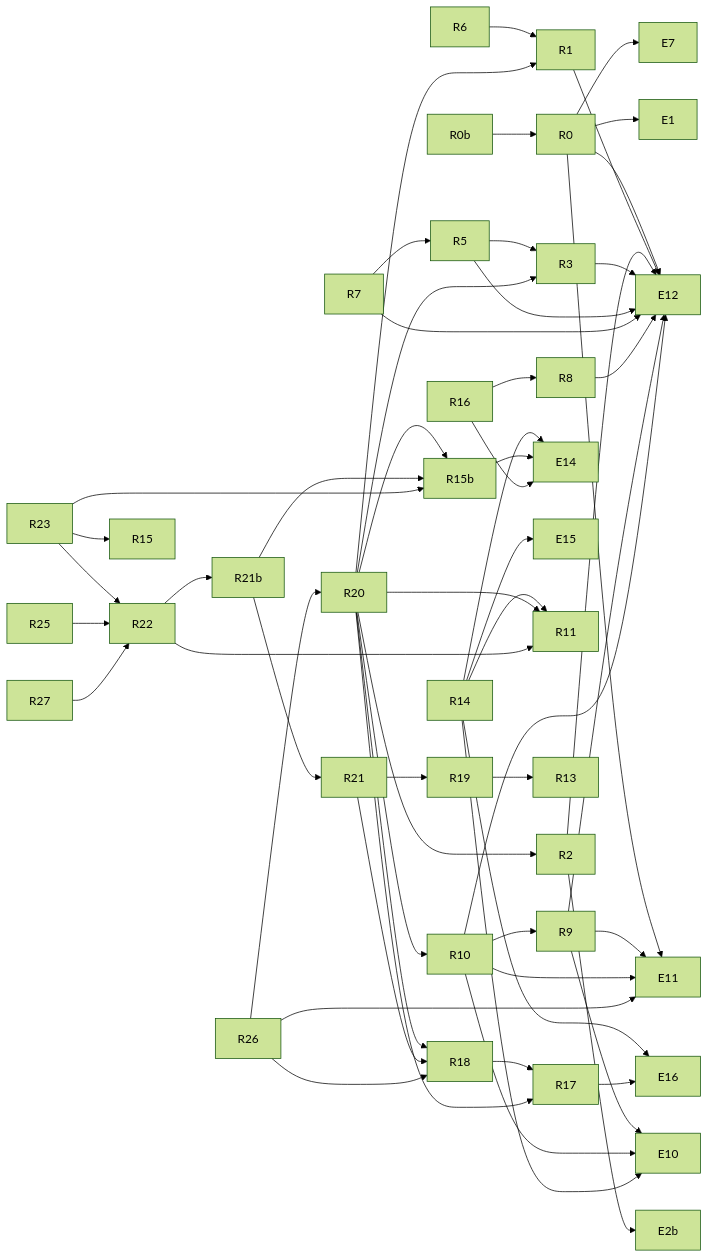
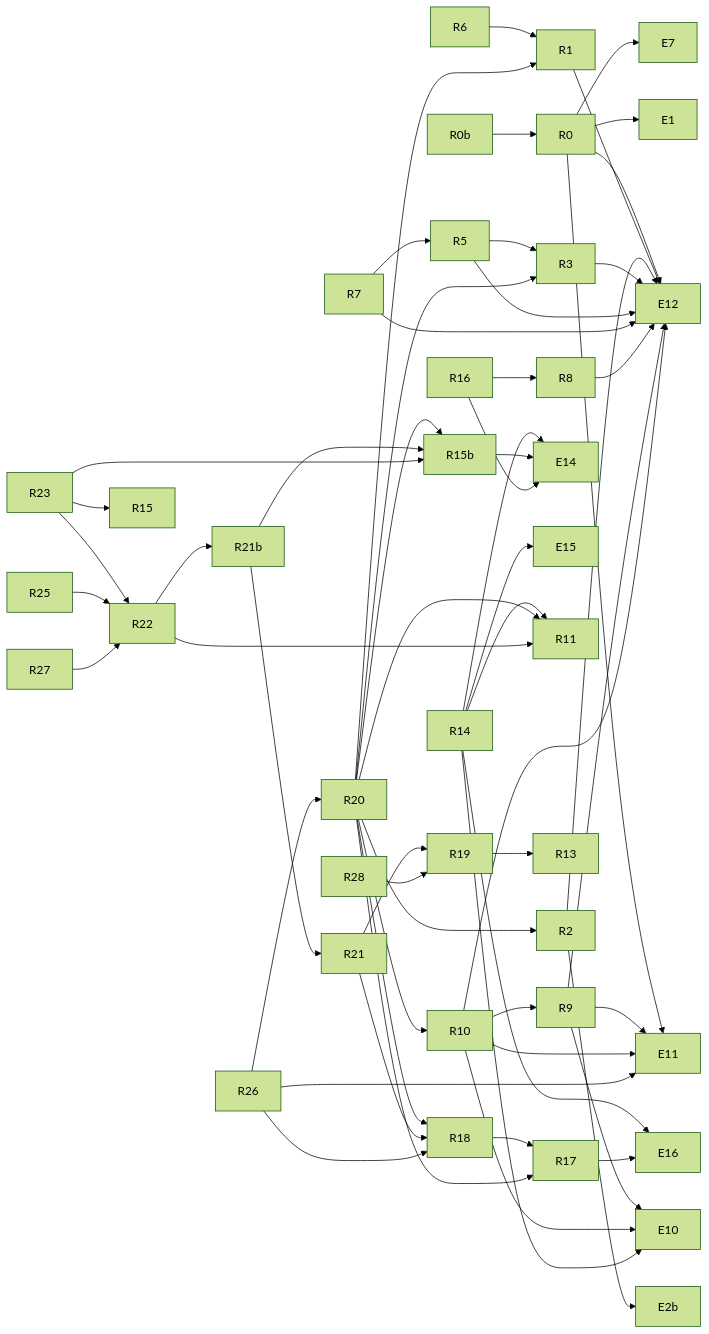
Before and after one commit to igormorais123/JEV: the diagram in mapa/conhecimento/rodadas.md, drawn with Mermaid (forest theme). The commit also changed other lines of this file and 44 other files, not shown here.

````diff
--- a/mapa/conhecimento/rodadas.md
+++ b/mapa/conhecimento/rodadas.md
@@ -49,58 +67,59 @@
 ```mermaid
 flowchart LR
   R0 --> E12
   R0 --> E1
   R0 --> E7
   R0 --> E11
   R0b --> R0
   R1 --> E12
   R2 --> E2b
   R2 --> E12
   R3 --> E12
   R5 --> E12
   R5 --> R3
   R6 --> R1
   R7 --> E12
   R7 --> R5
   R8 --> E12
   R9 --> E10
   R9 --> E12
   R9 --> E11
   R10 --> E10
   R10 --> E12
   R10 --> E11
   R10 --> R9
   R14 --> E14
   R14 --> E10
   R14 --> E15
   R14 --> E16
   R14 --> R11
   R15b --> E14
   R16 --> E14
   R16 --> R8
   R17 --> E16
   R18 --> R17
   R19 --> R13
   R20 --> R1
   R20 --> R2
   R20 --> R3
   R20 --> R18
   R20 --> R17
   R20 --> R10
   R20 --> R11
   R20 --> R15b
   R21 --> R19
   R21 --> R18
   R21b --> R15b
   R21b --> R21
   R22 --> R21b
   R22 --> R11
   R23 --> R22
   R23 --> R15b
   R23 --> R15
   R25 --> R22
   R26 --> E11
   R26 --> R18
   R26 --> R20
   R27 --> R22
+  R28 --> R19
 ```
````
